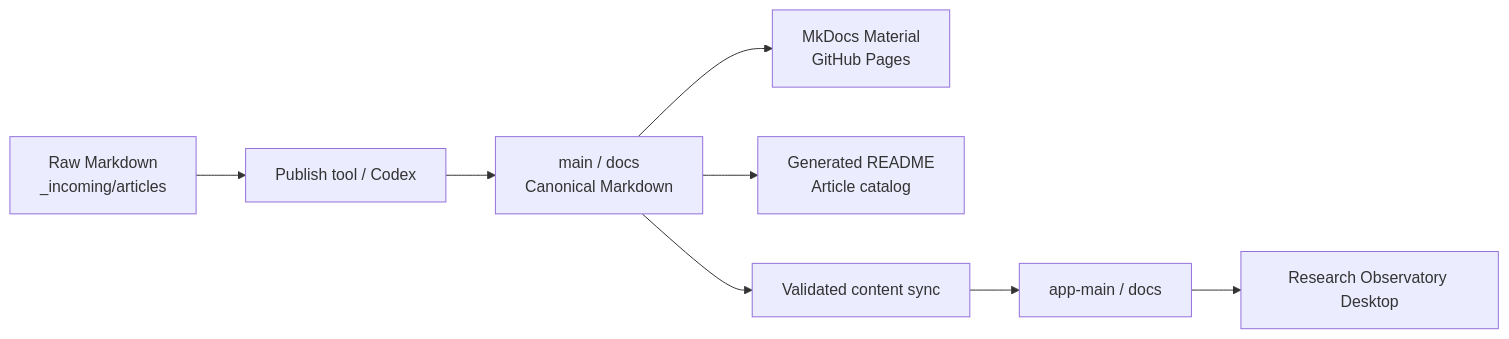
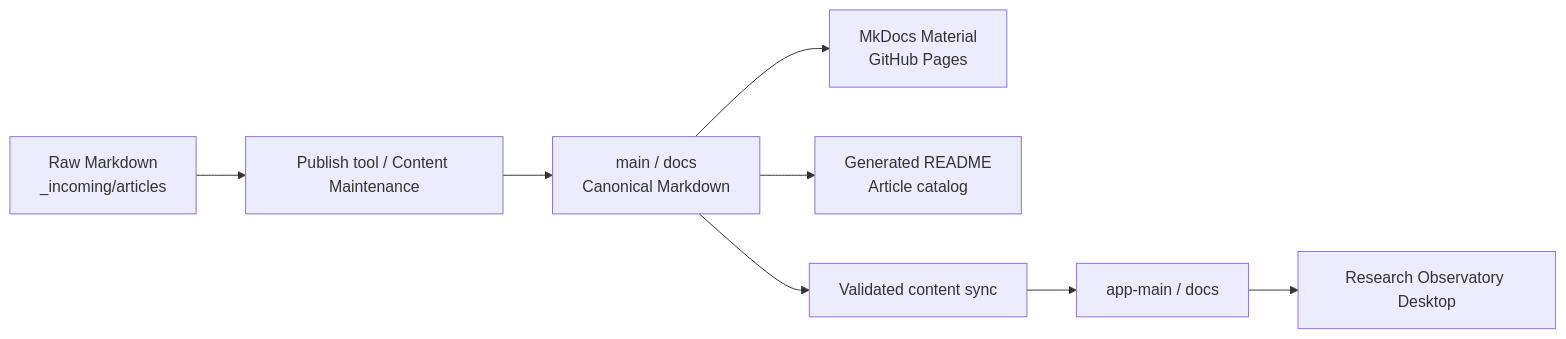
One commit to PME26Elvis/llm-research-archive changed the diagram in README.md. Above: the diagram before and after it, drawn with Mermaid. The commit also changed other lines of this file, not shown here.

Commit message:
Document automated incoming article publication

````diff
--- a/README.md
+++ b/README.md
@@ -29,10 +29,10 @@
 ```mermaid
 flowchart LR
-    A[Raw Markdown\n_incoming/articles] --> B[Publish tool / Codex]
+    A[Raw Markdown\n_incoming/articles] --> B[Publish tool / Content Maintenance]
     B --> C[main / docs\nCanonical Markdown]
     C --> D[MkDocs Material\nGitHub Pages]
     C --> E[Generated README\nArticle catalog]
     C --> F[Validated content sync]
     F --> G[app-main / docs]
     G --> H[Research Observatory Desktop]
 ```
````
